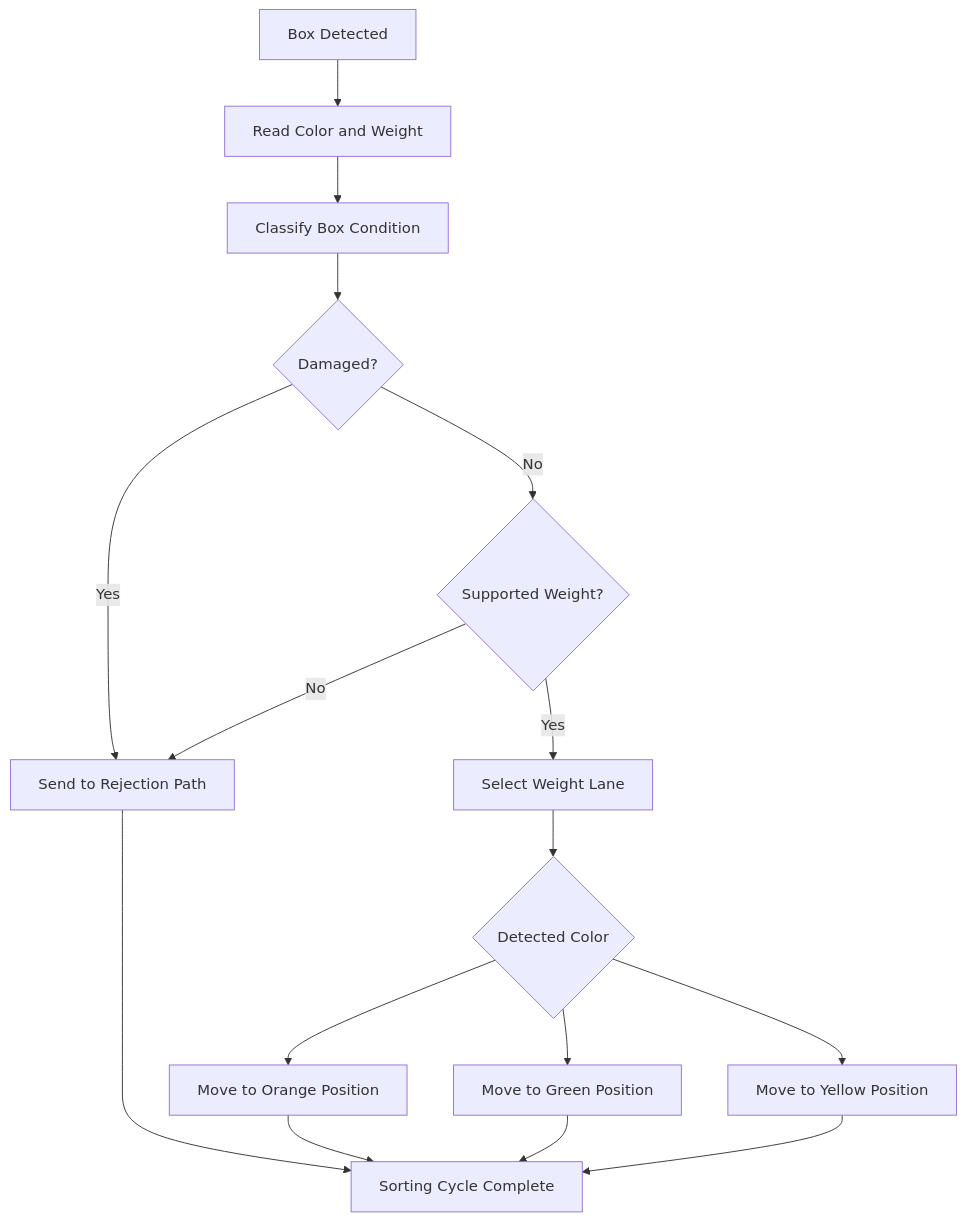
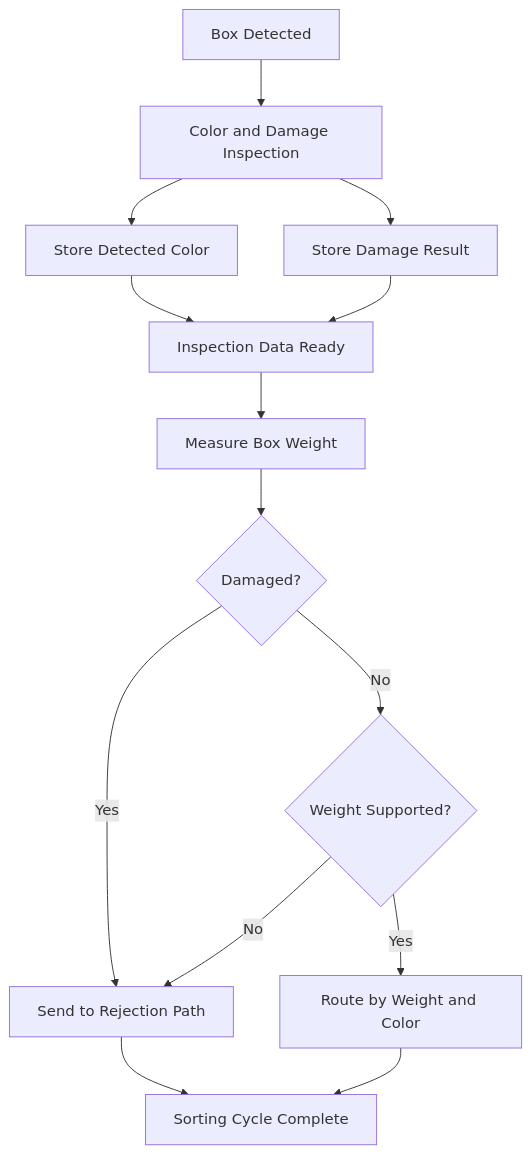
Before and after one commit to sanpipop/Arduino-Based-Conveyor-Belt-Sorting-System: the second of 2 diagrams in README.md, drawn with Mermaid. The commit also changed other lines of this file, not shown here.

````diff
--- a/README.md
+++ b/README.md
@@ -71,22 +74,22 @@
 ```mermaid
 flowchart TD
-    Start[Box Detected] --> Read[Read Color and Weight]
-    Read --> Inspect[Classify Box Condition]
+    Start[Box Detected] --> Inspect[Color and Damage Inspection]
 
-    Inspect --> Damage{Damaged?}
-    Damage -->|Yes| Reject[Send to Rejection Path]
-    Damage -->|No| Weight{Supported Weight?}
+    Inspect --> Color[Store Detected Color]
+    Inspect --> Damage[Store Damage Result]
 
-    Weight -->|No| Reject
-    Weight -->|Yes| Lane[Select Weight Lane]
+    Color --> Merge[Inspection Data Ready]
+    Damage --> Merge
 
-    Lane --> Color{Detected Color}
-    Color --> Orange[Move to Orange Position]
-    Color --> Green[Move to Green Position]
-    Color --> Yellow[Move to Yellow Position]
+    Merge --> Weight[Measure Box Weight]
+    Weight --> DamageDecision{Damaged?}
 
-    Orange --> Complete[Sorting Cycle Complete]
-    Green --> Complete
-    Yellow --> Complete
-    Reject --> Complete
+    DamageDecision -->|Yes| Reject[Send to Rejection Path]
+    DamageDecision -->|No| WeightDecision{Weight Supported?}
+
+    WeightDecision -->|No| Reject
+    WeightDecision -->|Yes| Route[Route by Weight and Color]
+
+    Reject --> Complete[Sorting Cycle Complete]
+    Route --> Complete
 ```
````
